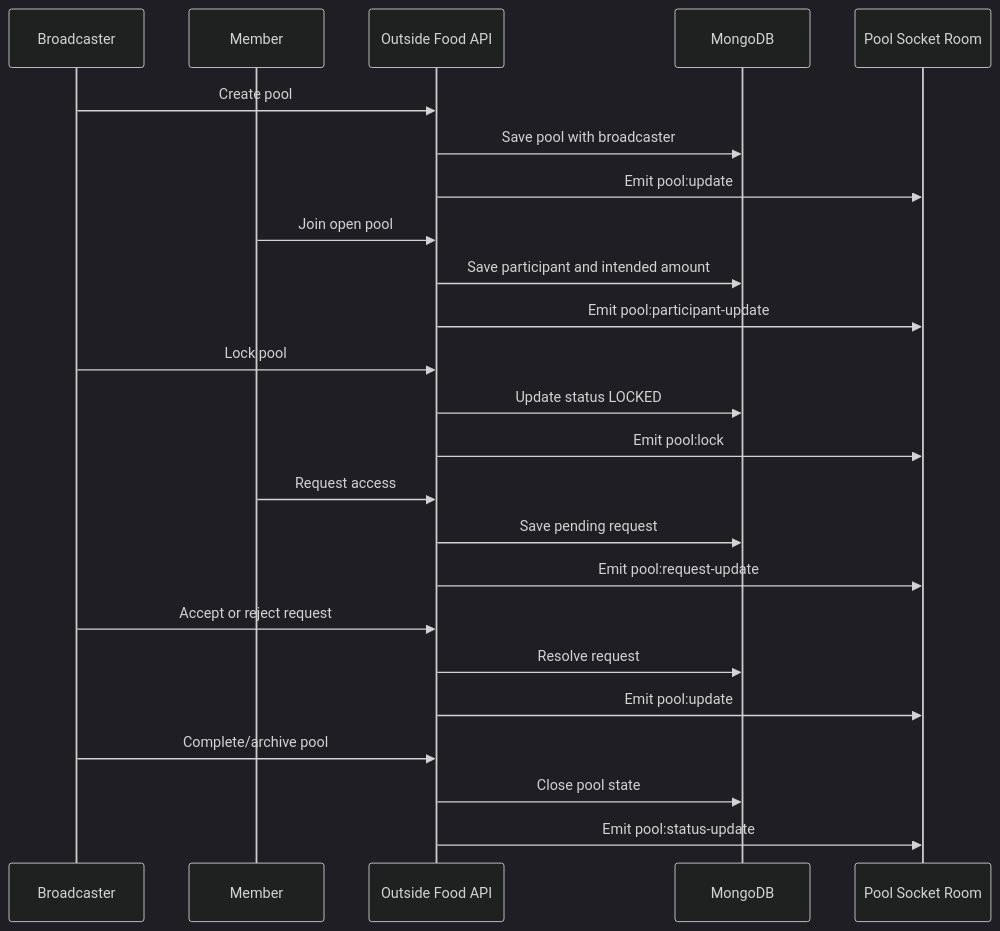
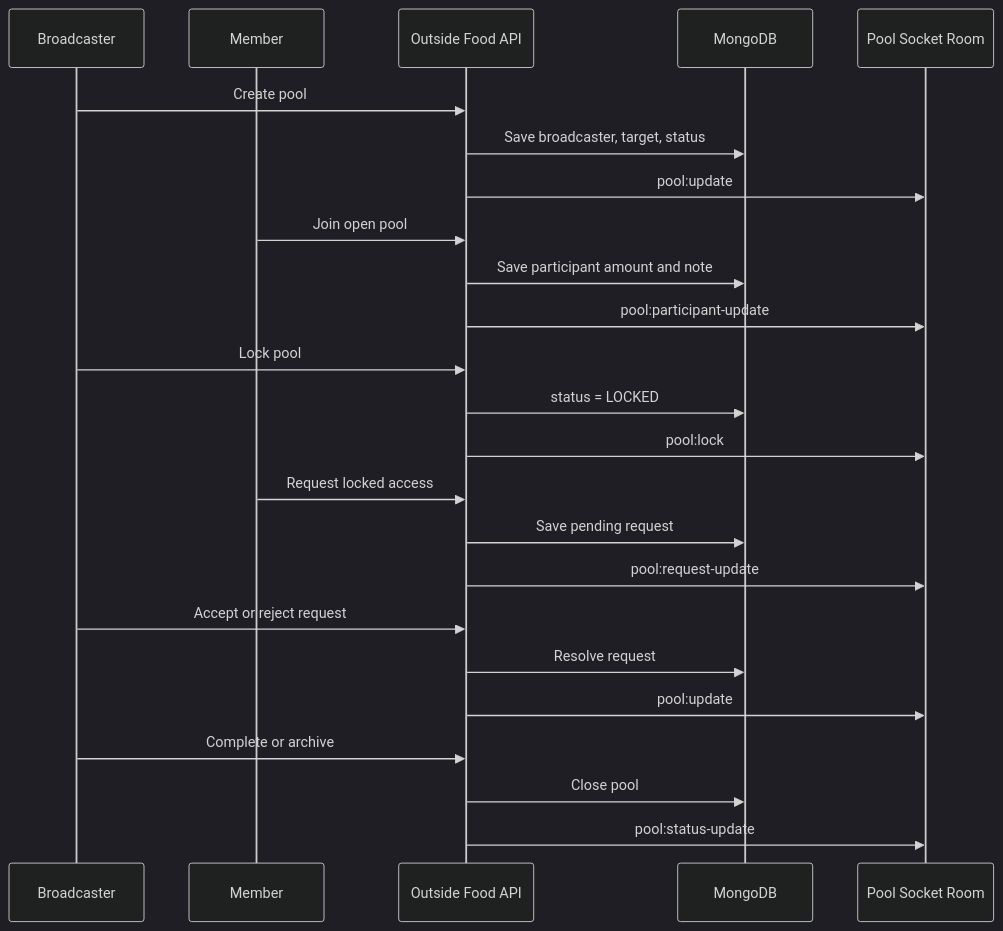
Before and after one commit to dipeshkr04/UniFeast: the seventh of 10 diagrams in README.md, drawn with Mermaid (dark theme). The commit also changed other lines of this file and 4 other files, not shown here.

````diff
--- a/README.md
+++ b/README.md
@@ -197,32 +267,32 @@
 ```mermaid
 sequenceDiagram
-  participant B as Broadcaster
-  participant M as Member
+  participant Owner as Broadcaster
+  participant Member
   participant API as Outside Food API
   participant DB as MongoDB
-  participant IO as Pool Socket Room
+  participant Room as Pool Socket Room
 
-  B->>API: Create pool
-  API->>DB: Save pool with broadcaster
-  API->>IO: Emit pool:update
+  Owner->>API: Create pool
+  API->>DB: Save broadcaster, target, status
+  API->>Room: pool:update
 
-  M->>API: Join open pool
-  API->>DB: Save participant and intended amount
-  API->>IO: Emit pool:participant-update
+  Member->>API: Join open pool
+  API->>DB: Save participant amount and note
+  API->>Room: pool:participant-update
 
-  B->>API: Lock pool
-  API->>DB: Update status LOCKED
-  API->>IO: Emit pool:lock
+  Owner->>API: Lock pool
+  API->>DB: status = LOCKED
+  API->>Room: pool:lock
 
-  M->>API: Request access
+  Member->>API: Request locked access
   API->>DB: Save pending request
-  API->>IO: Emit pool:request-update
+  API->>Room: pool:request-update
 
-  B->>API: Accept or reject request
+  Owner->>API: Accept or reject request
   API->>DB: Resolve request
-  API->>IO: Emit pool:update
+  API->>Room: pool:update
 
-  B->>API: Complete/archive pool
-  API->>DB: Close pool state
-  API->>IO: Emit pool:status-update
+  Owner->>API: Complete or archive
+  API->>DB: Close pool
+  API->>Room: pool:status-update
 ```
````
